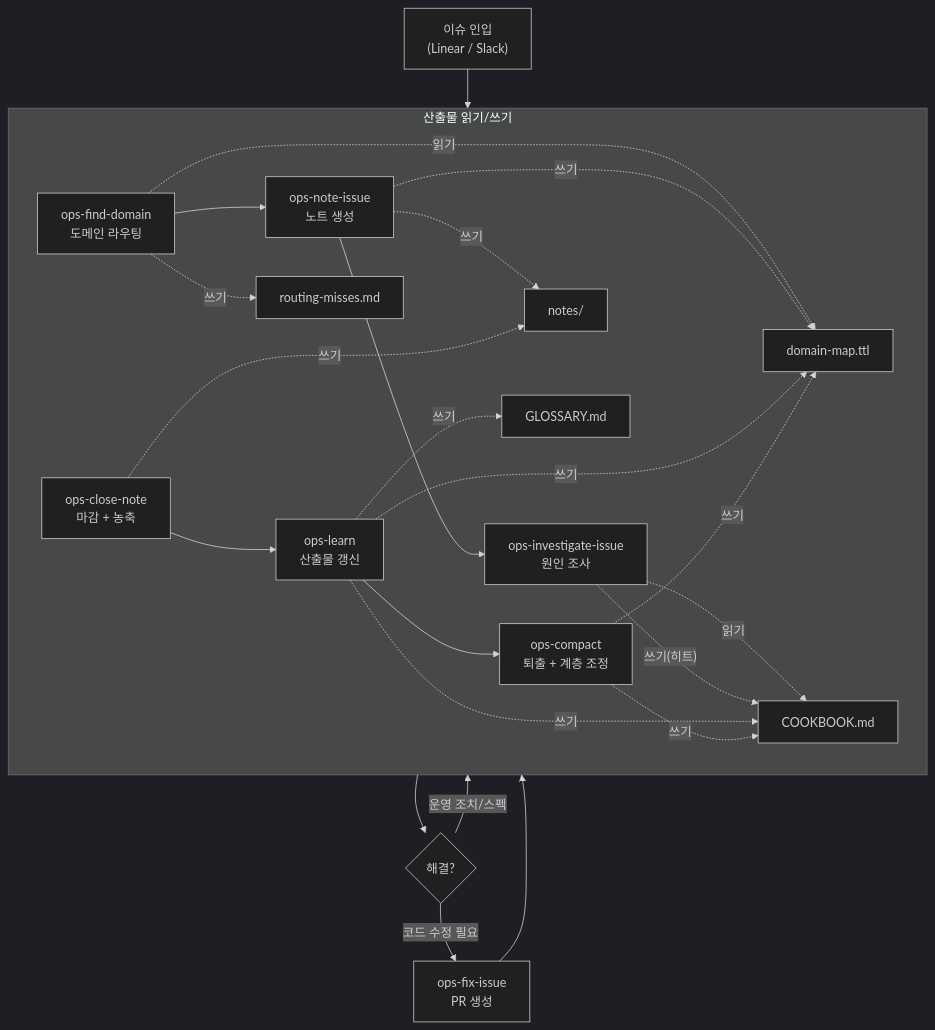
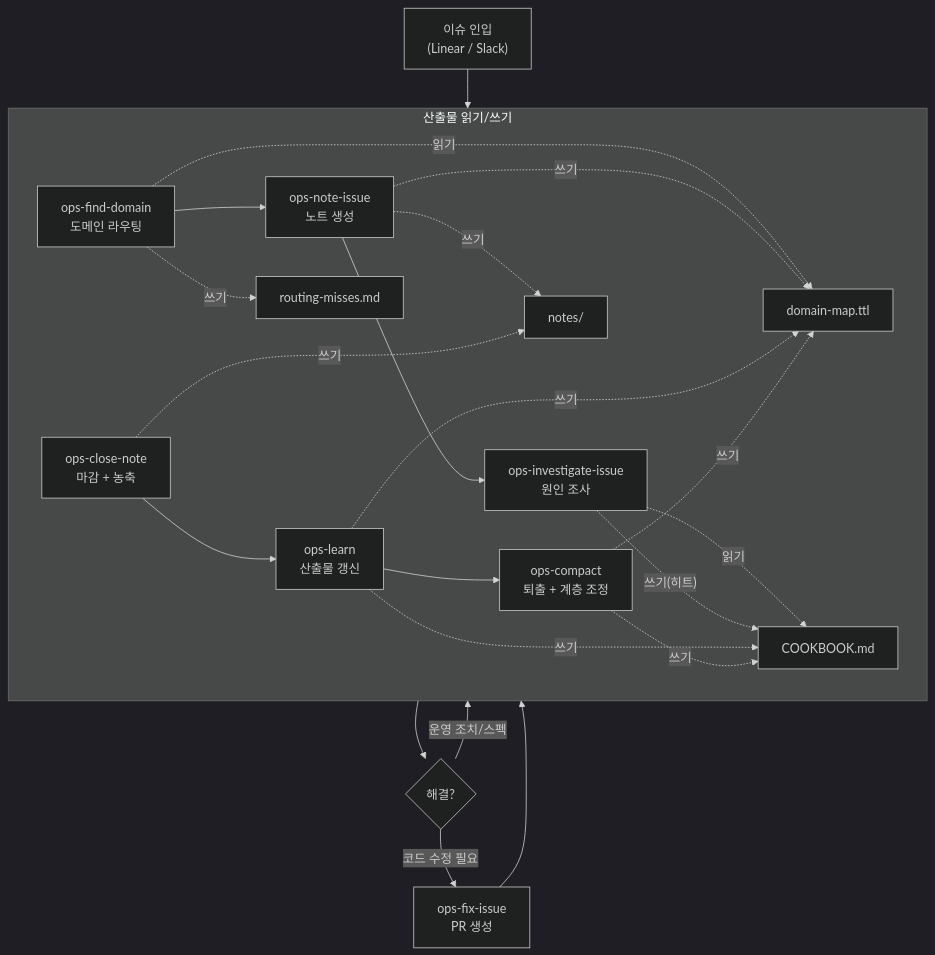
The first of 4 diagrams in brain/README.md (flex-team/flex-oncall), drawn with Mermaid (dark theme) before and after one commit. The commit also changed other lines of this file and 6 other files, not shown here.

````diff
--- a/brain/README.md
+++ b/brain/README.md
@@ -27,28 +26,27 @@
 ```mermaid
 flowchart TD
     A["이슈 인입<br/>(Linear / Slack)"] --> B["ops-find-domain<br/>도메인 라우팅"]
     B --> C["ops-note-issue<br/>노트 생성"]
     C --> D["ops-investigate-issue<br/>원인 조사"]
     D --> E{"해결?"}
     E -- "코드 수정 필요" --> F["ops-fix-issue<br/>PR 생성"]
     F --> G["ops-close-note<br/>마감 + 농축"]
     E -- "운영 조치/스펙" --> G
     G --> H["ops-learn<br/>산출물 갱신"]
     H --> I["ops-compact<br/>퇴출 + 계층 조정"]
 
     subgraph 산출물 읽기/쓰기
         direction LR
         B -. "읽기" .-> DM["domain-map.ttl"]
         B -. "쓰기" .-> RM["routing-misses.md"]
         C -. "쓰기" .-> DM
         C -. "쓰기" .-> NT["notes/"]
         D -. "읽기" .-> CB["COOKBOOK.md"]
         D -. "쓰기(히트)" .-> CB
         G -. "쓰기" .-> NT
         H -. "쓰기" .-> DM
-        H -. "쓰기" .-> GL["GLOSSARY.md"]
         H -. "쓰기" .-> CB
         I -. "쓰기" .-> DM
         I -. "쓰기" .-> CB
     end
 ```
````
